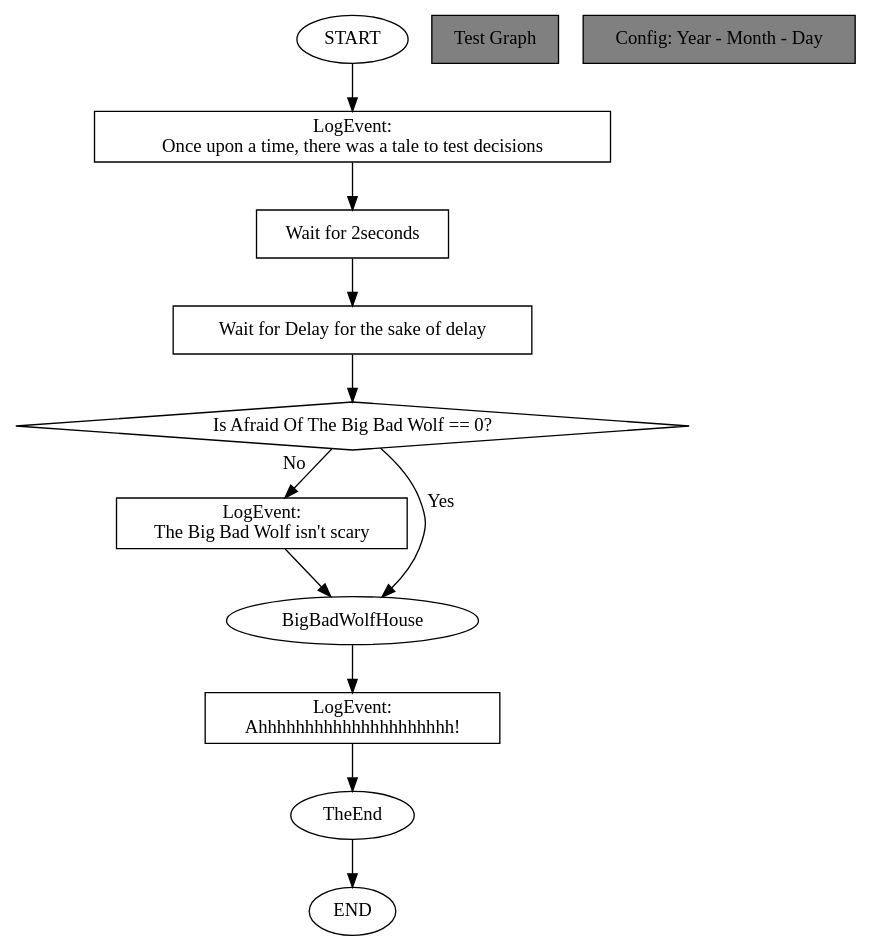
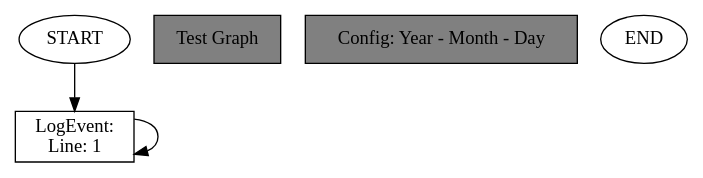
Before and after one commit to backwaterred/TrollDox: the diagram in out/out.dot, drawn with Graphviz. The commit also changed 8 other files, not shown here.

```diff
--- a/out/out.dot
+++ b/out/out.dot
@@ -1,34 +1,17 @@
 digraph {
 
 // Graph Attributes
 graph[page="8,11" ratio=auto fontsize=12 ]
 
 // Nodes
 0[shape="oval"label="START"]
-2[shape="box"label="LogEvent:
-Once upon a time, there was a tale to test decisions"]
-3[shape="box"label="Wait for 2seconds"]
-4[shape="box"label="Wait for Delay for the sake of delay"]
-6[shape="diamond"label="Is Afraid Of The Big Bad Wolf == 0?"]
-7[shape="box"label="LogEvent:
-The Big Bad Wolf isn't scary"]
-9[shape="oval"label="BigBadWolfHouse"]
-10[shape="box"label="LogEvent:
-Ahhhhhhhhhhhhhhhhhhhhh!"]
-12[shape="oval"label="TheEnd"]
+1[shape="box"label="LogEvent:
+Line: 1"]
 99999[shape="box"label="Test Graph"style="filled"fillcolor="grey"]
 99998[shape="box"label="Config: Year - Month - Day"style="filled"fillcolor="grey"]
 9999[shape="oval"label="END"]
 
 // Edges
-2 -> 3
-9 -> 10
-6 -> 9[xlabel="Yes"]
-0 -> 2
-10 -> 12
-3 -> 4
-7 -> 9
-4 -> 6
-6 -> 7[xlabel="No"]
-12 -> 9999
+1 -> 1
+0 -> 1
 }
```
